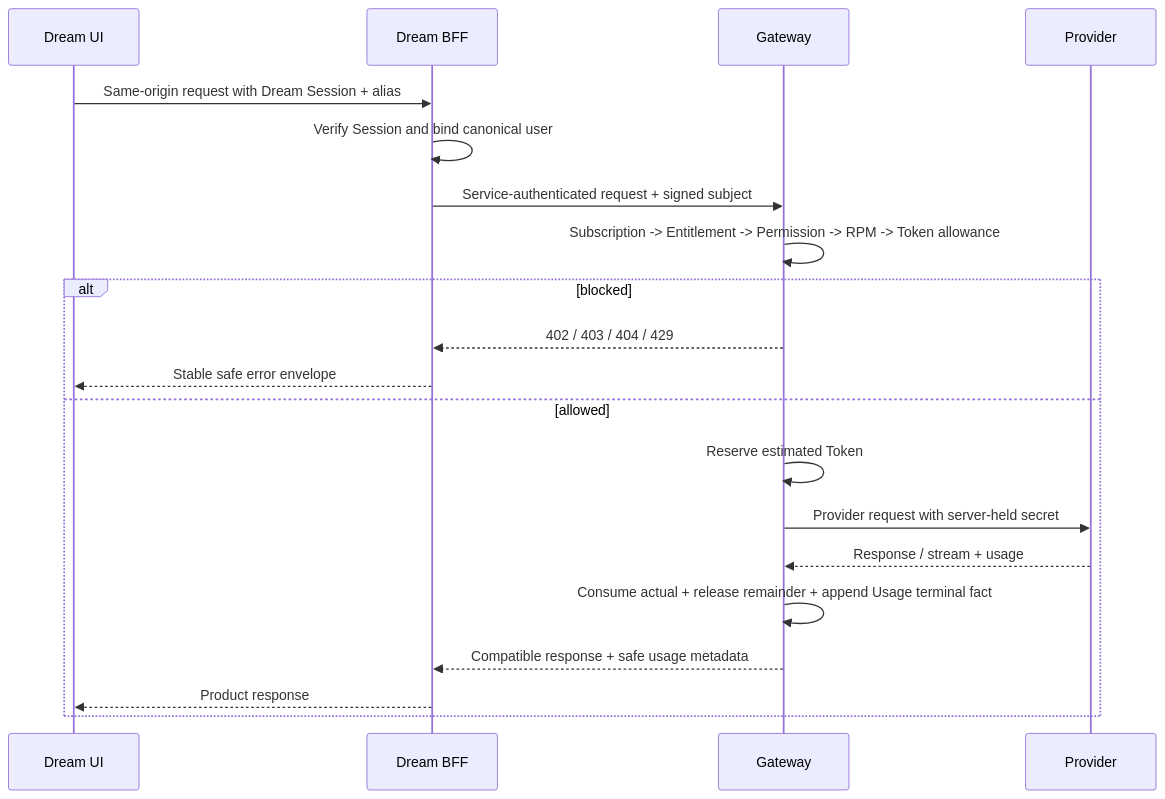
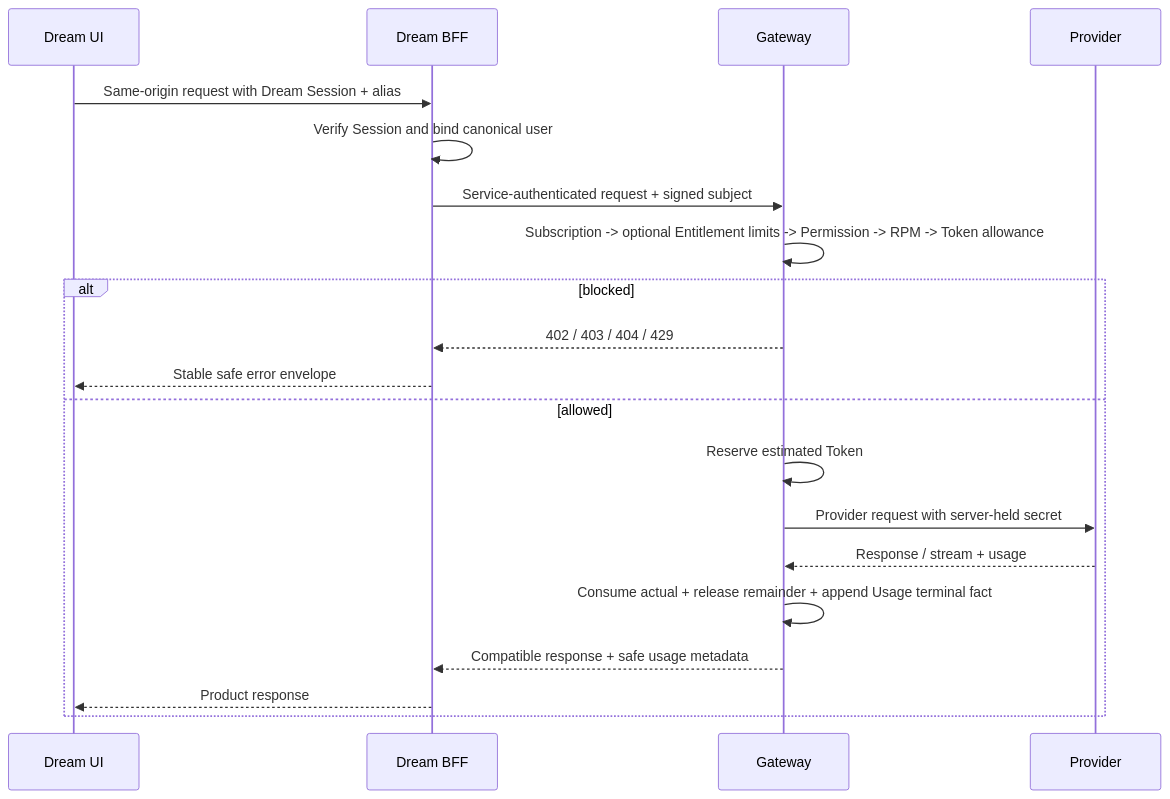
Before and after one commit to glide-the/dream-im-platform: the first of 2 diagrams in docs/design/ink-dream-memory/03-model-and-gateway-experience.md, drawn with Mermaid. The commit also changed other lines of this file and 15 other files, not shown here.

````diff
--- a/docs/design/ink-dream-memory/03-model-and-gateway-experience.md
+++ b/docs/design/ink-dream-memory/03-model-and-gateway-experience.md
@@ -80,22 +81,22 @@
 ```mermaid
 sequenceDiagram
   participant UI as Dream UI
   participant BFF as Dream BFF
   participant G as Gateway
   participant P as Provider
   UI->>BFF: Same-origin request with Dream Session + alias
   BFF->>BFF: Verify Session and bind canonical user
   BFF->>G: Service-authenticated request + signed subject
-  G->>G: Subscription -> Entitlement -> Permission -> RPM -> Token allowance
+  G->>G: Subscription -> optional Entitlement limits -> Permission -> RPM -> Token allowance
   alt blocked
     G-->>BFF: 402 / 403 / 404 / 429
     BFF-->>UI: Stable safe error envelope
   else allowed
     G->>G: Reserve estimated Token
     G->>P: Provider request with server-held secret
     P-->>G: Response / stream + usage
     G->>G: Consume actual + release remainder + append Usage terminal fact
     G-->>BFF: Compatible response + safe usage metadata
     BFF-->>UI: Product response
   end
 ```
````
